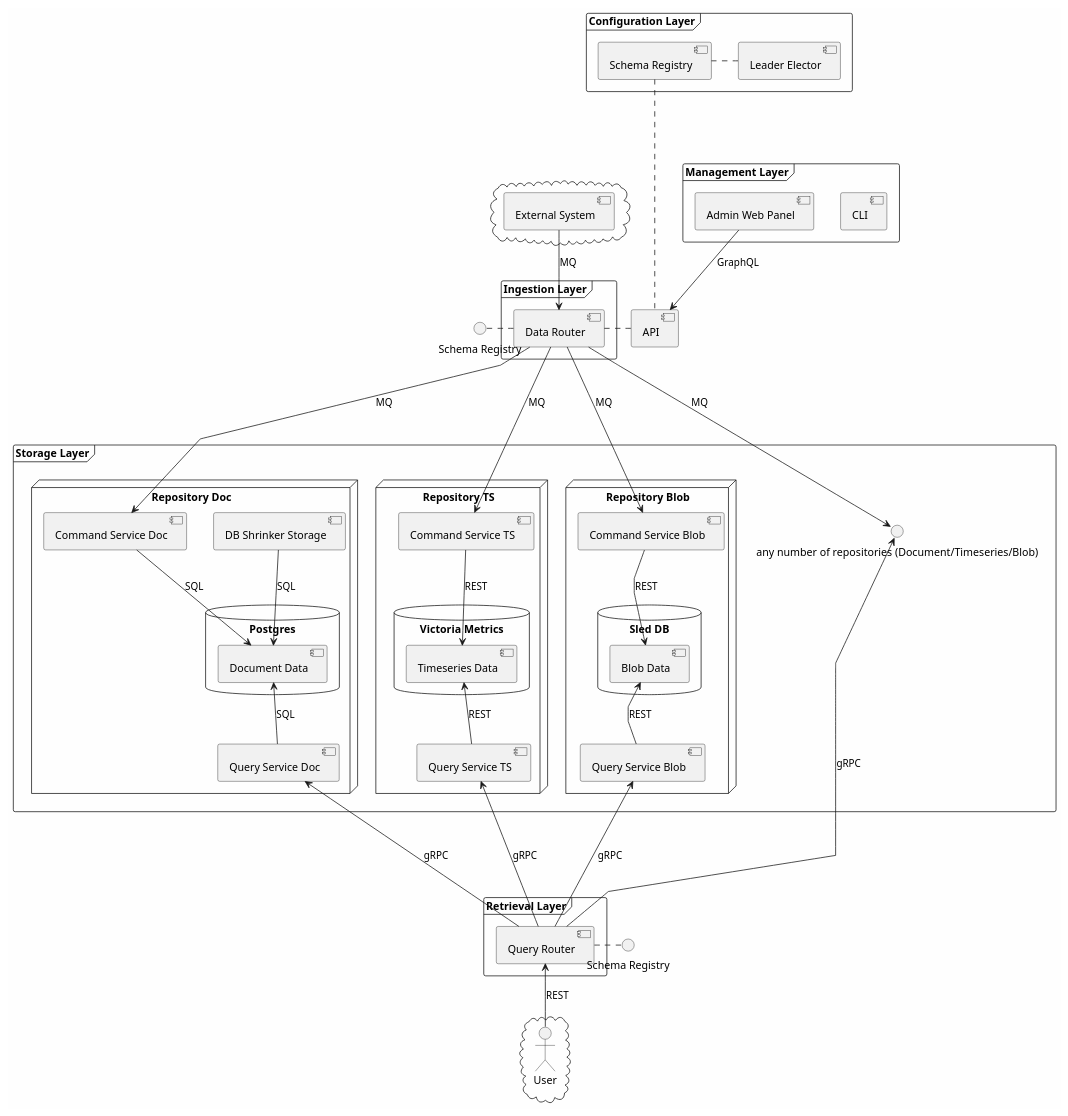
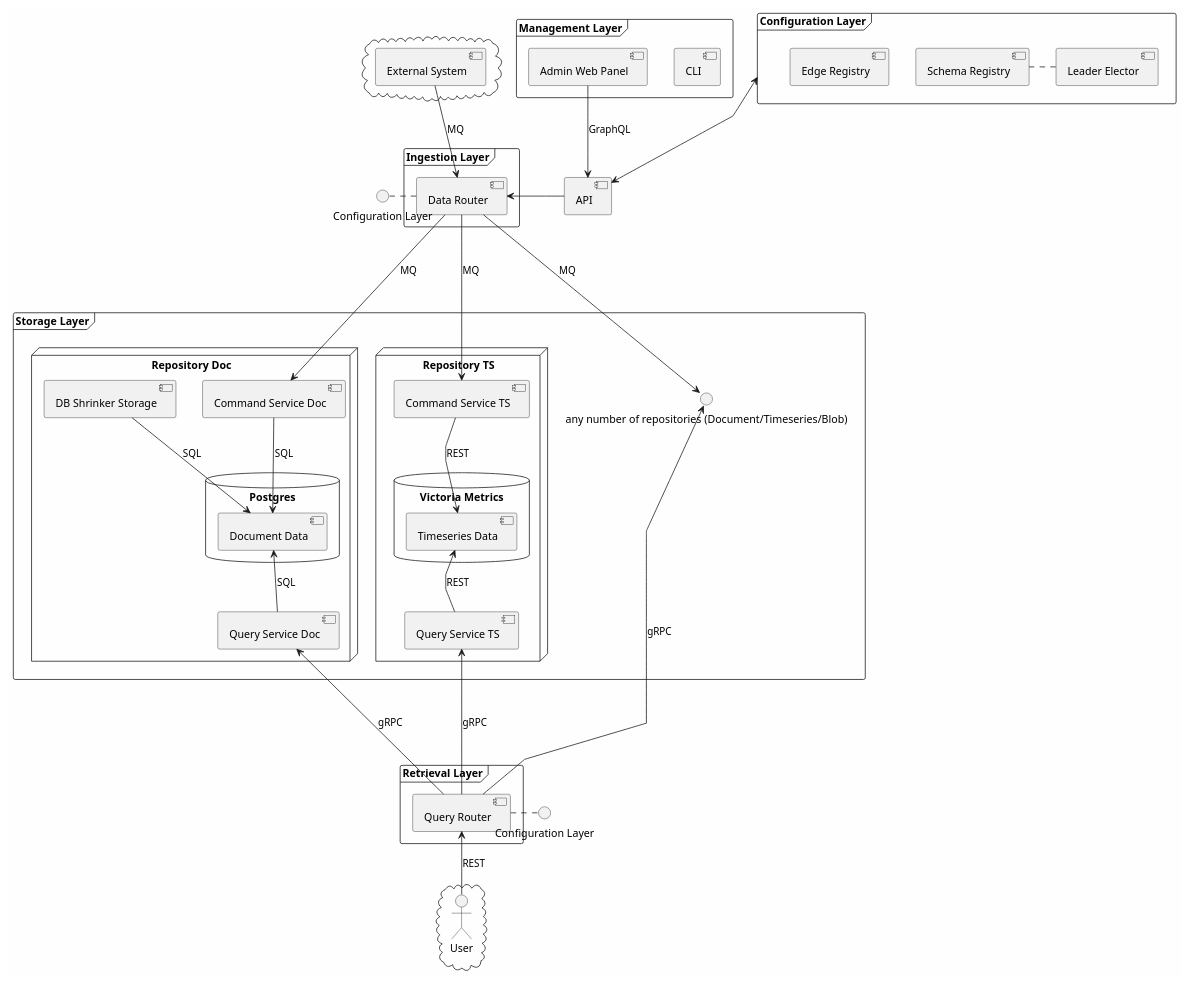
The diagram in docs/architecture/graphs/cdl.puml (pyrkamarcin/CommonDataLayer), drawn with PlantUML before and after one commit.

Commit message:
doc: add edge-registry to architecture puml (#350)

```diff
--- a/docs/architecture/graphs/cdl.puml
+++ b/docs/architecture/graphs/cdl.puml
@@ -1,93 +1,80 @@
 @startuml
 skinparam linetype polyline
 skinparam backgroundColor #FEFEFE
 skinparam transparent false
 
-interface "Schema Registry" as SRDoc
-interface "Schema Registry" as SRTS
+interface "Configuration Layer" as ConfIn
+interface "Configuration Layer" as ConfOut
 
 cloud {
   [External System]
 }
 
 frame "Management Layer" {
     [CLI]
     [Admin Web Panel]
 }
 
-[API]
+[API] <-up-> [Configuration Layer]
 
 frame "Ingestion Layer" {
-  API -left--. [Data Router]
-  [Data Router] -left--. SRDoc
+  API -left--> [Data Router]
+  [Data Router] -left--. ConfIn
 }
 
 frame "Configuration Layer" {
-  [Schema Registry] -down--. API
+  [Schema Registry]
   [Leader Elector] -left--. [Schema Registry]
+  [Edge Registry]
 }
 
 frame "Storage Layer" {
     node "Repository Doc" {
       [Command Service Doc]
 
       database "Postgres" {
         [Document Data]
       }
 
       [DB Shrinker Storage]
 
       [Query Service Doc]
     }
 
     node "Repository TS" {
       [Command Service TS]
 
       database "Victoria Metrics" {
         [Timeseries Data]
       }
 
       [Query Service TS]
     }
 
-    node "Repository Blob" {
-      [Command Service Blob]
-
-      database "Sled DB" {
-        [Blob Data]
-      }
-
-      [Query Service Blob]
-    }
-
 
     () "any number of repositories (Document/Timeseries/Blob)" as ANY
 }
 
 frame "Retrieval Layer" {
-  [Query Router] -right-. SRTS
+  [Query Router] -right-. ConfOut
 }
 
 cloud {
   actor User
 }
 
 [Admin Web Panel] -down-> [API] : GraphQL
 [External System] -down-> [Data Router] : MQ
 [Data Router] -down--> [Command Service Doc] : MQ
 [Data Router] -down-> [Command Service TS] : MQ
-[Data Router] -down--> [Command Service Blob] : MQ
 [Data Router] -down-> ANY : MQ
 [Command Service Doc] -down-> [Document Data] : SQL
 [Command Service TS] -down-> [Timeseries Data] : REST
-[Command Service Blob] -down-> [Blob Data] : REST
 [DB Shrinker Storage] -down-> [Document Data] : SQL
 [Query Service Doc] -up-> [Document Data] : SQL
 [Query Service TS] -up-> [Timeseries Data] : REST
-[Query Service Blob] -up-> [Blob Data] : REST
 [Query Router] -up--> [Query Service Doc] : gRPC
 [Query Router] -up-> [Query Service TS] : gRPC
-[Query Router] -up--> [Query Service Blob] : gRPC
 [Query Router] -up-> ANY : gRPC
 User -up-> [Query Router] : REST
 @enduml
```
